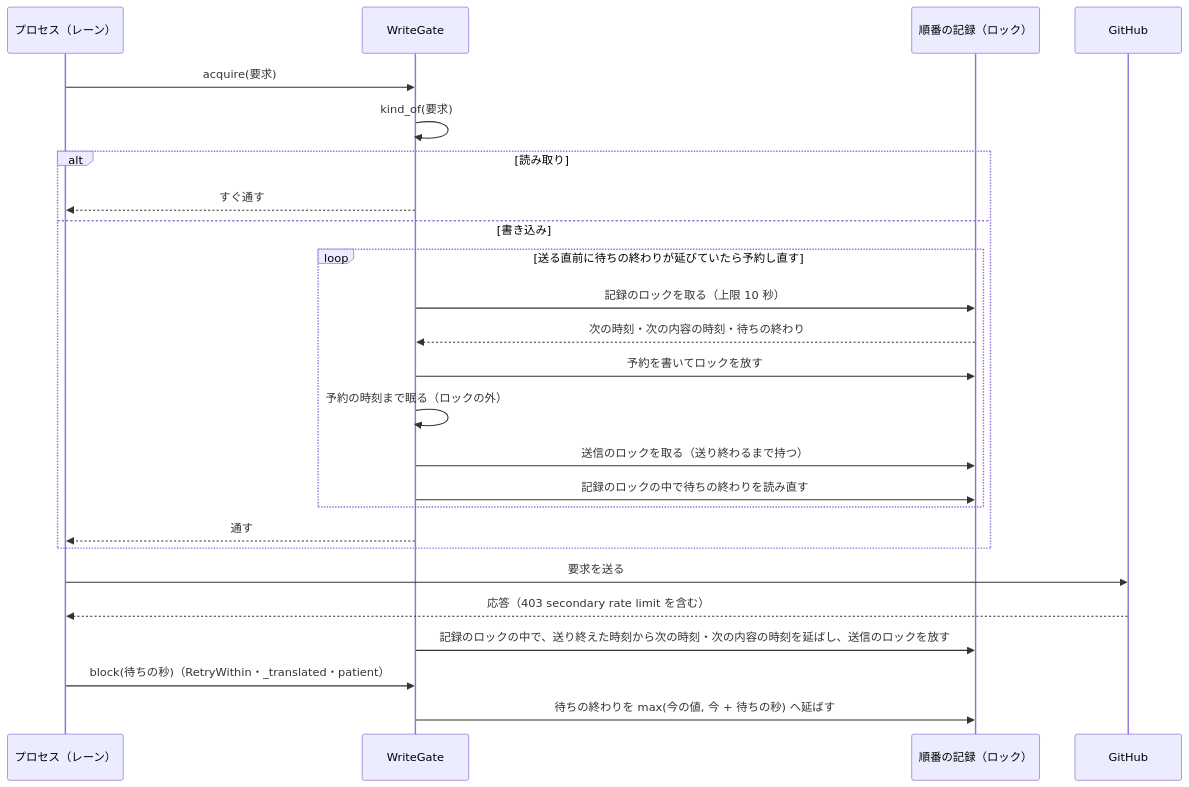
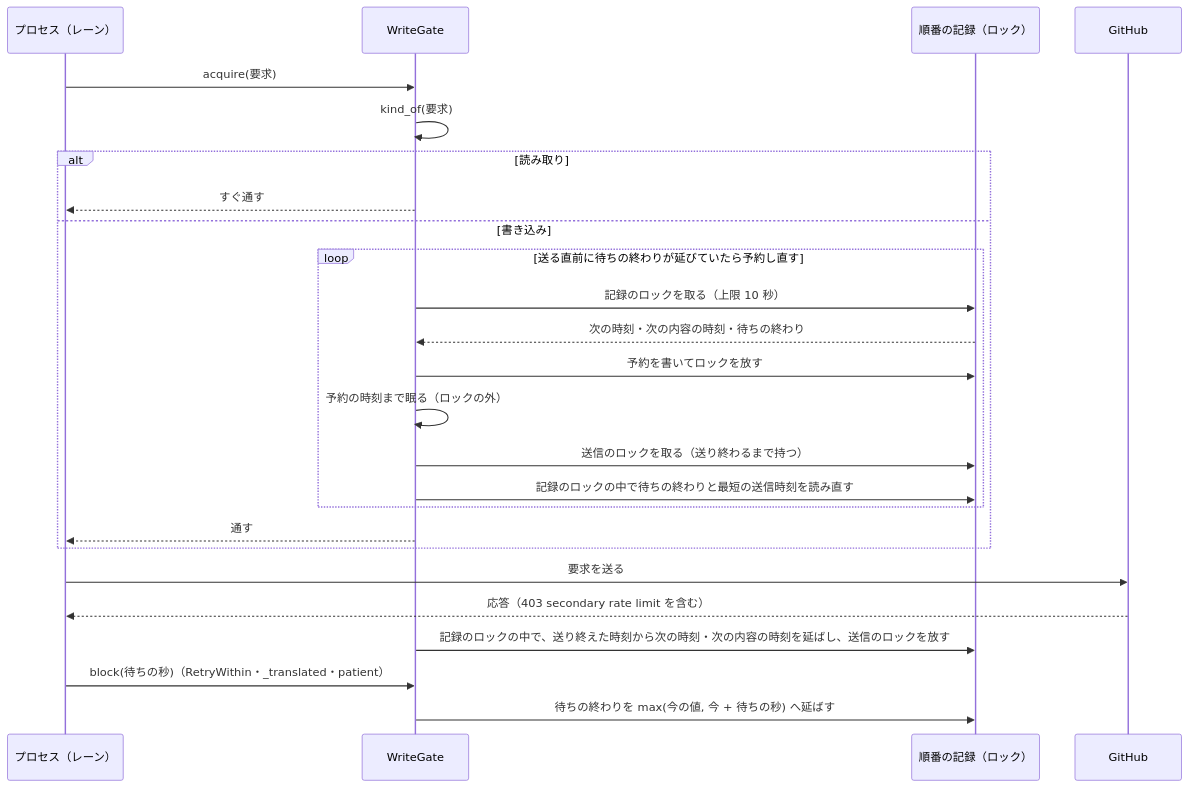
Before and after one commit to devbasex/ai-plugins: the third of 3 diagrams in issues/issue-4016-design.md, drawn with Mermaid. The commit also changed other lines of this file and 1 other file, not shown here.

````diff
--- a/issues/issue-4016-design.md
+++ b/issues/issue-4016-design.md
@@ -119,27 +119,27 @@
 ```mermaid
 sequenceDiagram
   participant P as プロセス（レーン）
   participant G as WriteGate
   participant F as 順番の記録（ロック）
   participant H as GitHub
   P->>G: acquire(要求)
   G->>G: kind_of(要求)
   alt 読み取り
     G-->>P: すぐ通す
   else 書き込み
     loop 送る直前に待ちの終わりが延びていたら予約し直す
       G->>F: 記録のロックを取る（上限 10 秒）
       F-->>G: 次の時刻・次の内容の時刻・待ちの終わり
       G->>F: 予約を書いてロックを放す
       G->>G: 予約の時刻まで眠る（ロックの外）
       G->>F: 送信のロックを取る（送り終わるまで持つ）
-      G->>F: 記録のロックの中で待ちの終わりを読み直す
+      G->>F: 記録のロックの中で待ちの終わりと最短の送信時刻を読み直す
     end
     G-->>P: 通す
   end
   P->>H: 要求を送る
   H-->>P: 応答（403 secondary rate limit を含む）
   G->>F: 記録のロックの中で、送り終えた時刻から次の時刻・次の内容の時刻を延ばし、送信のロックを放す
   P->>G: block(待ちの秒)（RetryWithin・_translated・patient）
   G->>F: 待ちの終わりを max(今の値, 今 + 待ちの秒) へ延ばす
 ```
````
